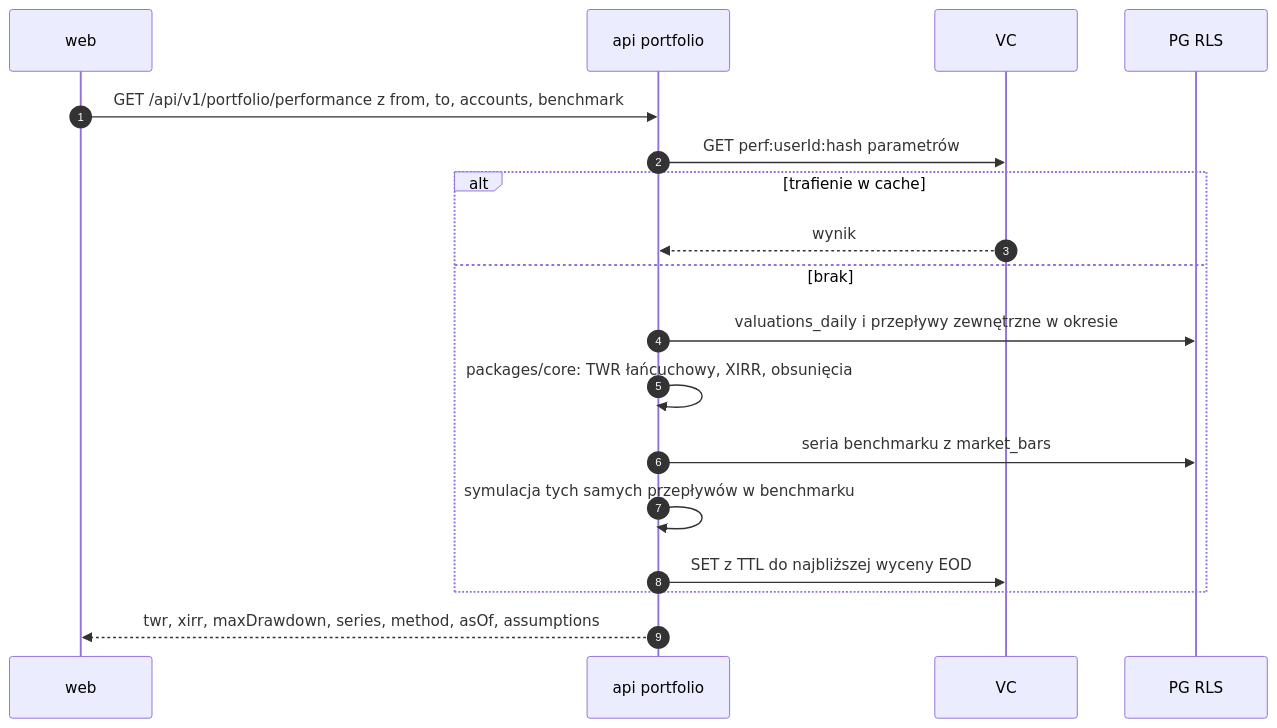
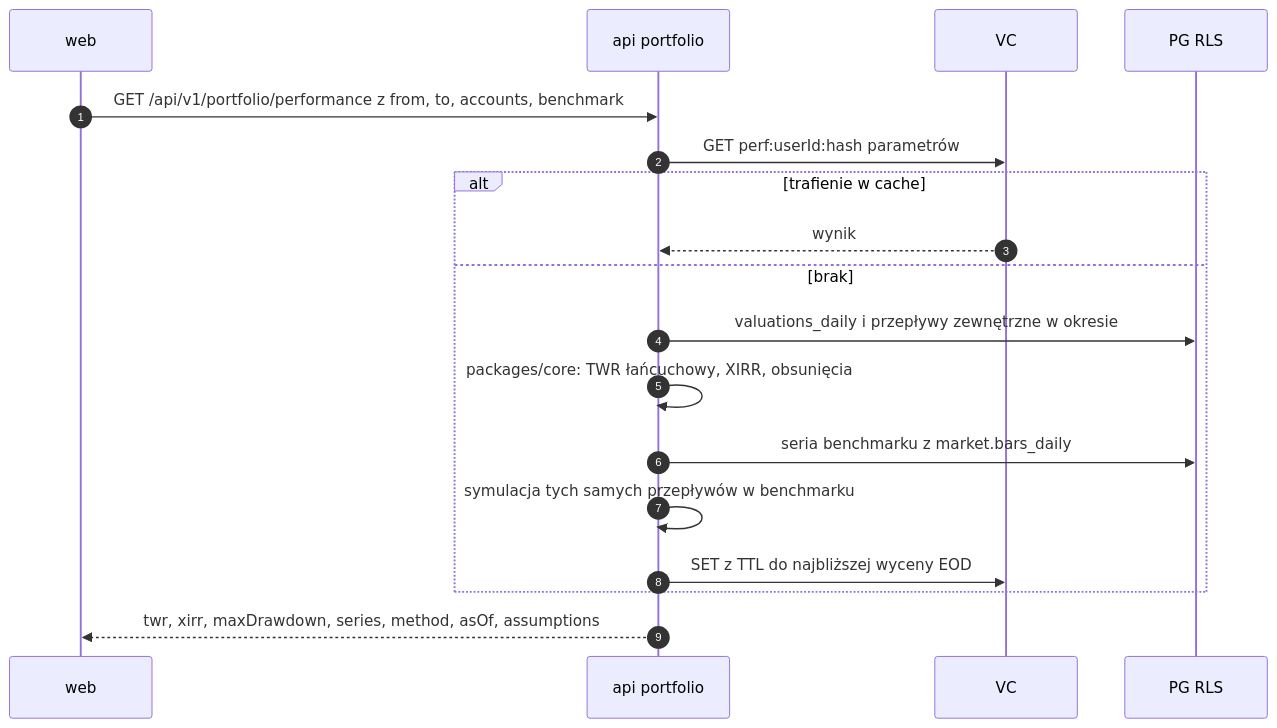
The fifth of 11 diagrams in docs/01-architektura/przeplywy-danych.md (Ipper18/OligInvest), drawn with Mermaid before and after one commit. The commit also changed other lines of this file and 35 other files, not shown here.

````diff
--- a/docs/01-architektura/przeplywy-danych.md
+++ b/docs/01-architektura/przeplywy-danych.md
@@ -144,20 +144,20 @@
 ```mermaid
 sequenceDiagram
   autonumber
   participant W as web
   participant A as api portfolio
   participant C as VC
   participant DB as PG RLS
   W->>A: GET /api/v1/portfolio/performance z from, to, accounts, benchmark
   A->>C: GET perf:userId:hash parametrów
   alt trafienie w cache
     C-->>A: wynik
   else brak
     A->>DB: valuations_daily i przepływy zewnętrzne w okresie
     A->>A: packages/core: TWR łańcuchowy, XIRR, obsunięcia
-    A->>DB: seria benchmarku z market_bars
+    A->>DB: seria benchmarku z market.bars_daily
     A->>A: symulacja tych samych przepływów w benchmarku
     A->>C: SET z TTL do najbliższej wyceny EOD
   end
   A-->>W: twr, xirr, maxDrawdown, series, method, asOf, assumptions
 ```
````
